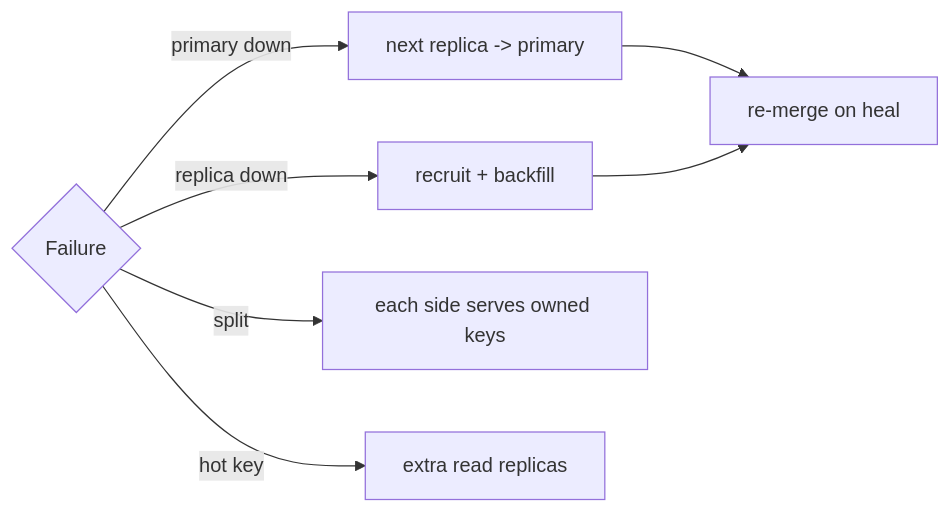
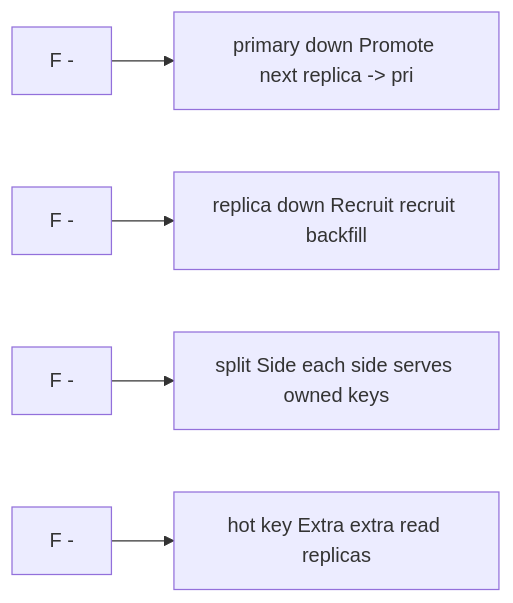
Before and after one commit to RIT-MESH/system-design-mastery: the diagram in diagrams/case-studies/distributed-cache/failure-flow.mmd, drawn with Mermaid. The commit also changed 215 other files, not shown here.

First line of the commit message:
Complete all remaining work: expand case studies, add 13 AI case studies, fix diagrams, status to Complete

```diff
--- a/diagrams/case-studies/distributed-cache/failure-flow.mmd
+++ b/diagrams/case-studies/distributed-cache/failure-flow.mmd
@@ -1,9 +1,14 @@
 %% created-for: system-design-mastery
-%% distributed-cache failure flow
 flowchart LR
-  F{"Failure"}
-  F -->|"primary down"| Promote["next replica -> primary"]
-  F -->|"replica down"| Recruit["recruit + backfill"]
-  F -->|"split"| Side["each side serves owned keys"]
-  F -->|"hot key"| Extra["extra read replicas"]
-  Promote & Recruit --> Heal["re-merge on heal"]
+  C1["F -"]
+  R2["primary down Promote next replica -> pri"]
+  C1 --> R2
+  C3["F -"]
+  R4["replica down Recruit recruit backfill"]
+  C3 --> R4
+  C5["F -"]
+  R6["split Side each side serves owned keys"]
+  C5 --> R6
+  C7["F -"]
+  R8["hot key Extra extra read replicas"]
+  C7 --> R8
```
